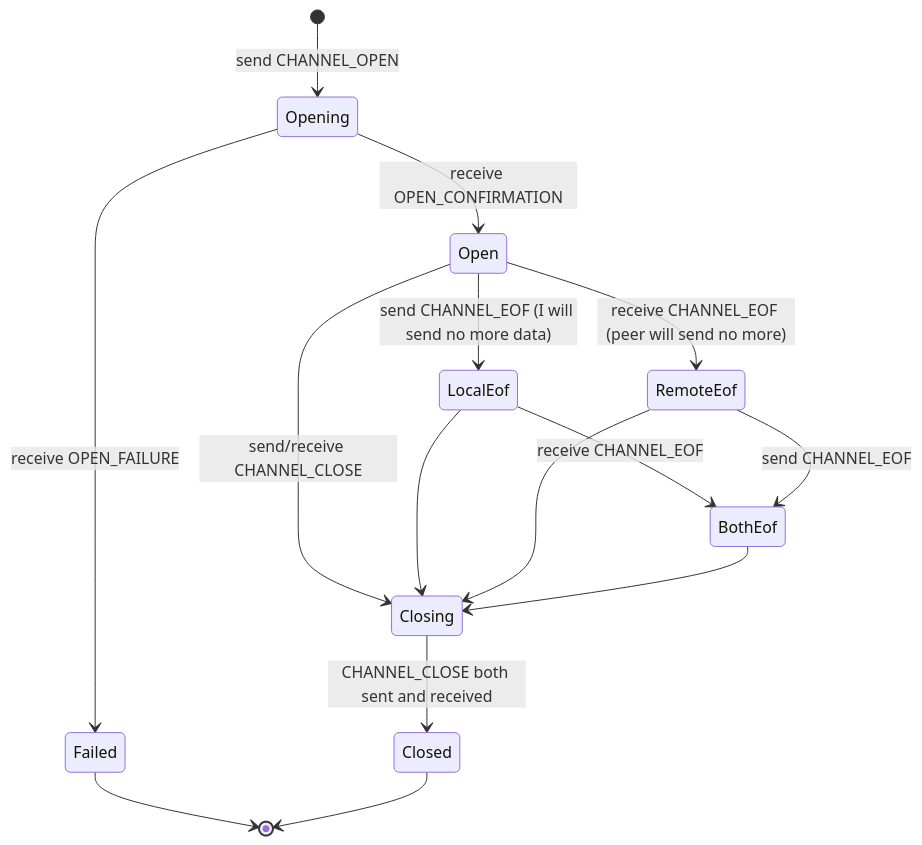
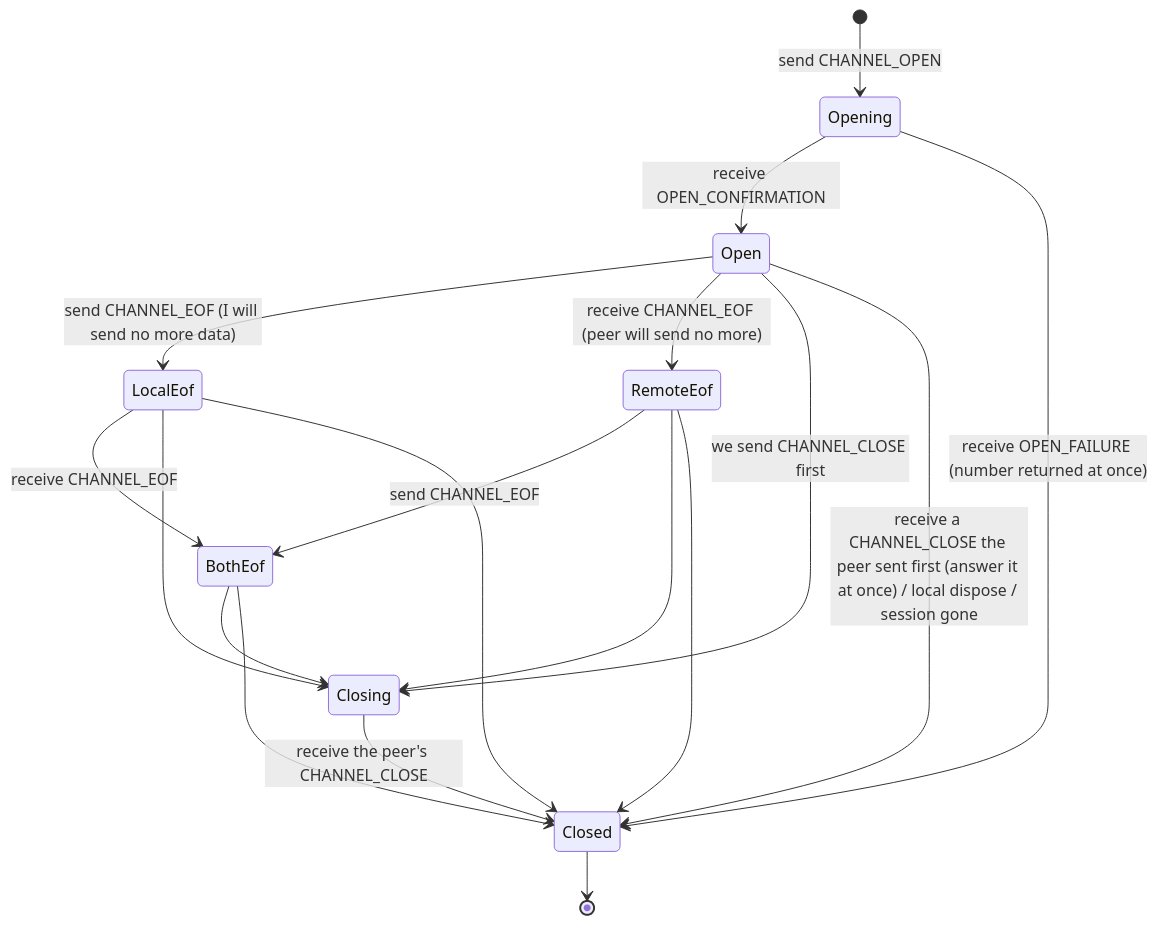
Before and after one commit to VelaShellLabs/velashell-docs: the first of 2 diagrams in en/ssh/spec/05-connection.md, drawn with Mermaid. The commit also changed other lines of this file and 1 other file, not shown here.

Commit message:
ssh/spec:通道状态图与实现对齐,关闭原因看谁先发的 CLOSE

````diff
--- a/en/ssh/spec/05-connection.md
+++ b/en/ssh/spec/05-connection.md
@@ -14,17 +14,20 @@
 ```mermaid
 stateDiagram-v2
     [*] --> Opening : send CHANNEL_OPEN
     Opening --> Open : receive OPEN_CONFIRMATION
-    Opening --> Failed : receive OPEN_FAILURE
+    Opening --> Closed : receive OPEN_FAILURE (number returned at once)
     Open --> LocalEof : send CHANNEL_EOF (I will send no more data)
     Open --> RemoteEof : receive CHANNEL_EOF (peer will send no more)
     LocalEof --> BothEof : receive CHANNEL_EOF
     RemoteEof --> BothEof : send CHANNEL_EOF
-    Open --> Closing : send/receive CHANNEL_CLOSE
+    Open --> Closing : we send CHANNEL_CLOSE first
     LocalEof --> Closing
     RemoteEof --> Closing
     BothEof --> Closing
-    Closing --> Closed : CHANNEL_CLOSE both sent and received
-    Failed --> [*]
+    Closing --> Closed : receive the peer's CHANNEL_CLOSE
+    Open --> Closed : receive a CHANNEL_CLOSE the peer sent first (answer it at once) / local dispose / session gone
+    LocalEof --> Closed
+    RemoteEof --> Closed
+    BothEof --> Closed
     Closed --> [*]
 ```
````
